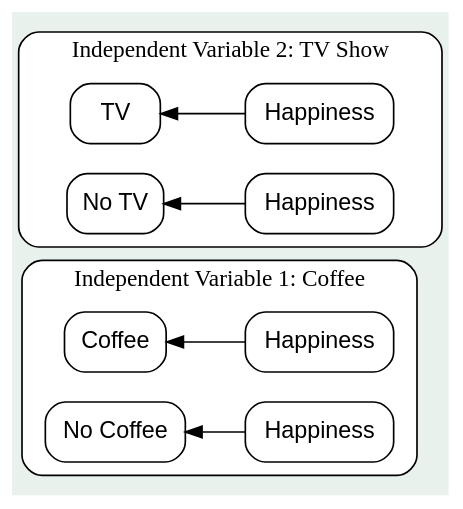
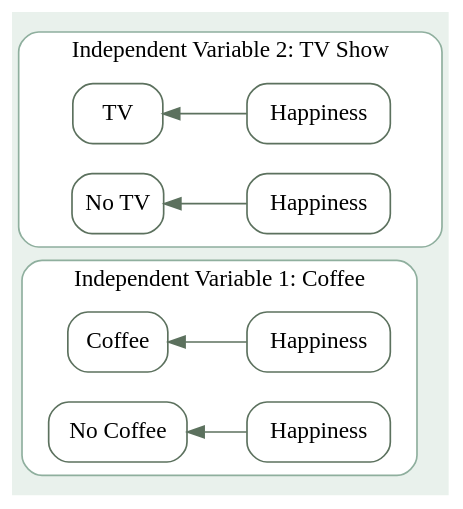
One commit to DavidBrocker/348SlideDecks changed the third of 4 diagrams in lec13fct/lec13fct.qmd. Above: the diagram before and after it, drawn with Graphviz. The commit also changed other lines of this file and 11 other files, not shown here.

````diff
--- a/lec13fct/lec13fct.qmd
+++ b/lec13fct/lec13fct.qmd
@@ -246,37 +393,38 @@
 ```{dot}
-
 digraph {
-
   rankdir = RL
-  node [shape = box, style = rounded, fontname = Helvetica]
+  node [shape = box, style = "rounded,filled", fillcolor = "white", color = "#5C715E", fontname = "Fira Sans"]
+  edge [color = "#5C715E"]
   bgcolor = "#E9F1EC"
 
   subgraph cluster_coffee {
     label = "Independent Variable 1: Coffee"
     bgcolor = "white"
     style = rounded
+    color = "#8FAF9E"
 
     C1 [label="Coffee"]
     C2 [label="No Coffee"]
     H1 [label="Happiness"]
     H2 [label="Happiness"]
 
     H1 -> C1
     H2 -> C2
   }
 
   subgraph cluster_tv {
     label = "Independent Variable 2: TV Show"
     bgcolor = "white"
     style = rounded
+    color = "#8FAF9E"
 
     TV [label="TV"]
     NTV [label="No TV"]
     H3 [label="Happiness"]
     H4 [label="Happiness"]
 
     H3 -> TV
     H4 -> NTV
   }
 }
 ```
````
